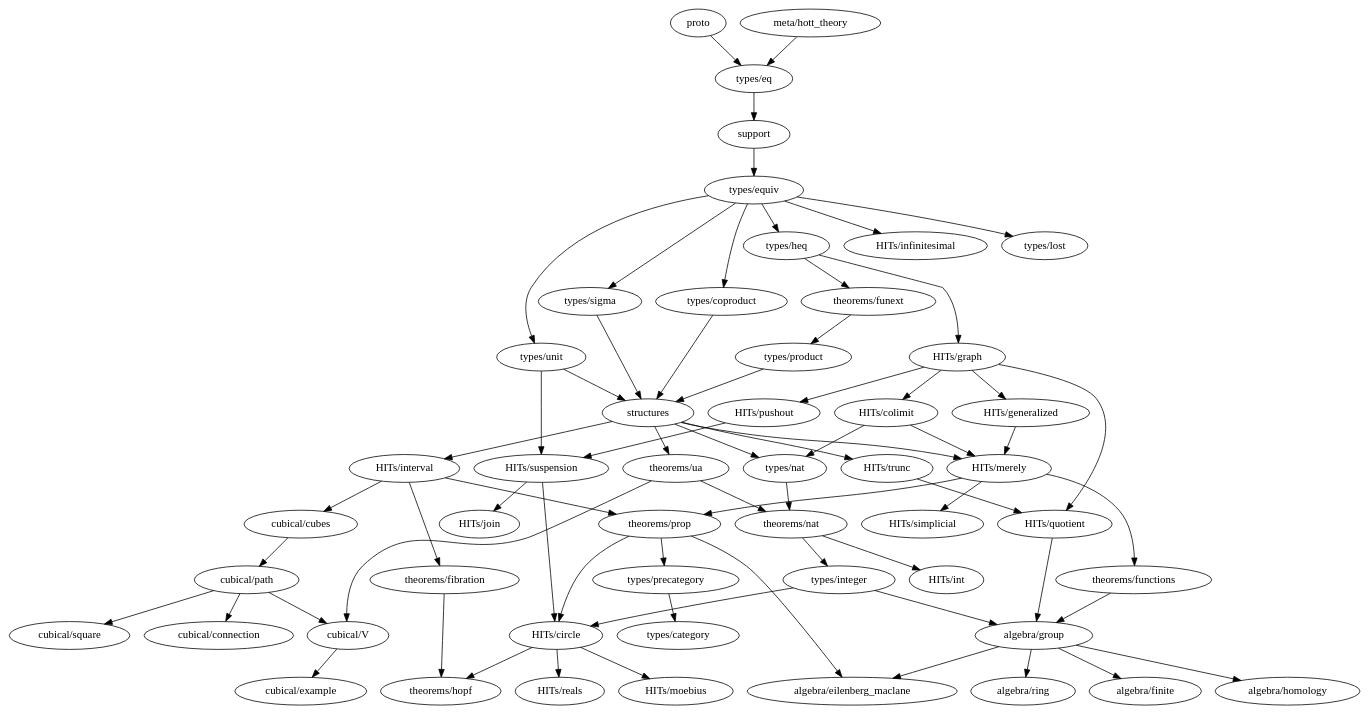
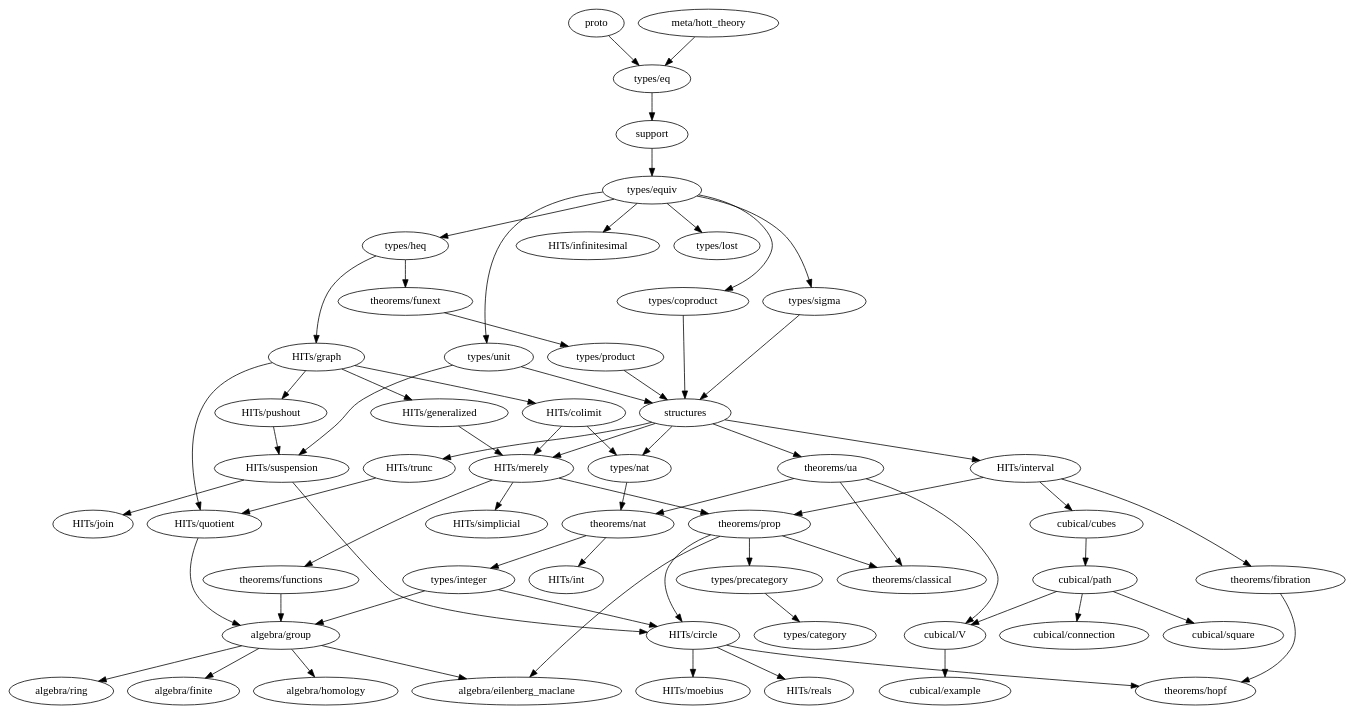
Before and after one commit to forked-from-1kasper/ground_zero: the diagram in dependency-map.gv, drawn with Graphviz. The commit also changed 7 other files, not shown here.

```diff
--- a/dependency-map.gv
+++ b/dependency-map.gv
@@ -1,112 +1,114 @@
 digraph dependency_map {
   proto -> "types/eq"
   "meta/hott_theory" -> "types/eq"
   support -> "types/equiv"
   structures -> {
     "HITs/interval",
     "HITs/merely",
     "HITs/trunc",
     "types/nat",
     "theorems/ua"
   }
 
   subgraph algebra {
     "algebra/eilenberg_maclane"
     "algebra/finite"
     "algebra/group" -> {
       "algebra/eilenberg_maclane",
       "algebra/finite",
       "algebra/homology",
       "algebra/ring"
     }
     "algebra/homology"
     "algebra/ring"
   }
 
   subgraph types {
     "types/category"
     "types/coproduct" -> { structures }
     "types/eq" -> { support }
     "types/equiv" -> {
       "types/heq",
       "HITs/infinitesimal",
       "types/coproduct",
       "types/lost",
       "types/unit",
       "types/sigma"
     }
     "types/heq" -> {
       "HITs/graph", "theorems/funext"
     }
     "types/integer" -> {
       "algebra/group",
       "HITs/circle"
     }
     "types/lost"
     "types/nat" -> { "theorems/nat" }
     "types/precategory" -> { "types/category" }
     "types/product" -> { structures }
     "types/sigma" -> { structures }
     "types/unit" -> { structures, "HITs/suspension" }
   }
 
   subgraph HITs {
     "HITs/circle" -> { "theorems/hopf", "HITs/moebius", "HITs/reals" }
     "HITs/colimit" -> { "HITs/merely", "types/nat" }
     "HITs/generalized" -> "HITs/merely"
     "HITs/graph" -> {
       "HITs/colimit",
       "HITs/generalized",
       "HITs/pushout",
       "HITs/quotient"
     }
     "HITs/infinitesimal"
     "HITs/interval" -> {
       "cubical/cubes",
       "theorems/prop",
       "theorems/fibration"
     }
     "HITs/join"
     "HITs/merely" -> {
       "theorems/prop",
       "HITs/simplicial",
       "theorems/functions"
     }
     "HITs/moebius"
     "HITs/pushout" -> {
       "HITs/suspension"
     }
     "HITs/quotient" -> { "algebra/group" }
     "HITs/reals"
     "HITs/simplicial"
     "HITs/suspension" -> { "HITs/circle", "HITs/join" }
     "HITs/trunc" -> { "HITs/quotient" }
   }
 
   subgraph cubical {
     "cubical/connection"
     "cubical/cubes" -> "cubical/path"
     "cubical/example"
     "cubical/path" -> {
       "cubical/square",
       "cubical/V",
       "cubical/connection"
     }
     "cubical/square"
     "cubical/V" -> { "cubical/example" }
   }
 
   subgraph theorems {
+    "theorems/classical"
     "theorems/fibration" -> { "theorems/hopf" }
     "theorems/functions" -> { "algebra/group" }
     "theorems/funext" -> { "types/product" }
     "theorems/hopf"
     "theorems/nat" -> { "HITs/int", "types/integer" }
     "theorems/prop" -> {
+      "algebra/eilenberg_maclane",
       "HITs/circle",
       "types/precategory",
-      "algebra/eilenberg_maclane"
+      "theorems/classical"
     }
-    "theorems/ua" -> { "theorems/nat", "cubical/V" }
+    "theorems/ua" -> { "theorems/classical", "theorems/nat", "cubical/V" }
   }
 }
```
